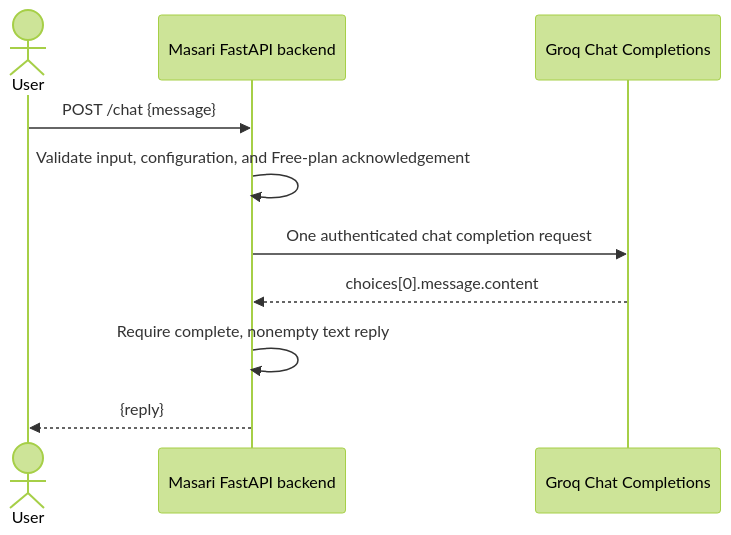
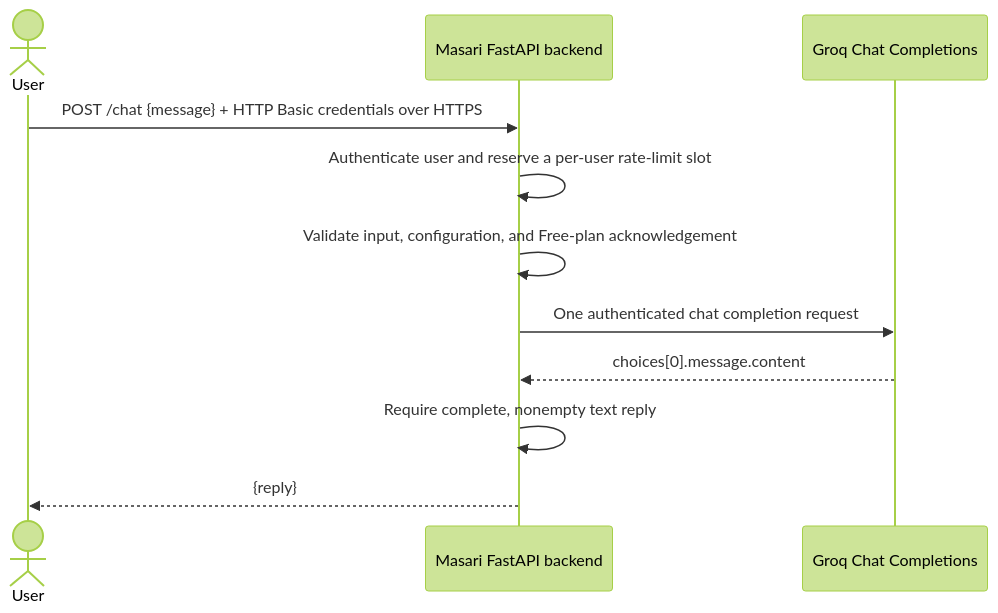
The diagram in README.md (HemmatHamdi/Mind-Machine), drawn with Mermaid (forest theme) before and after one commit. The commit also changed other lines of this file and 6 other files, not shown here.

Commit message:
Protect chat with local authentication and per-user rate limits

````diff
--- a/README.md
+++ b/README.md
@@ -58,12 +60,13 @@
 ```mermaid
 sequenceDiagram
     actor User
     participant API as Masari FastAPI backend
     participant Groq as Groq Chat Completions
-    User->>API: POST /chat {message}
+    User->>API: POST /chat {message} + HTTP Basic credentials over HTTPS
+    API->>API: Authenticate user and reserve a per-user rate-limit slot
     API->>API: Validate input, configuration, and Free-plan acknowledgement
     API->>Groq: One authenticated chat completion request
     Groq-->>API: choices[0].message.content
     API->>API: Require complete, nonempty text reply
     API-->>User: {reply}
 ```
````
